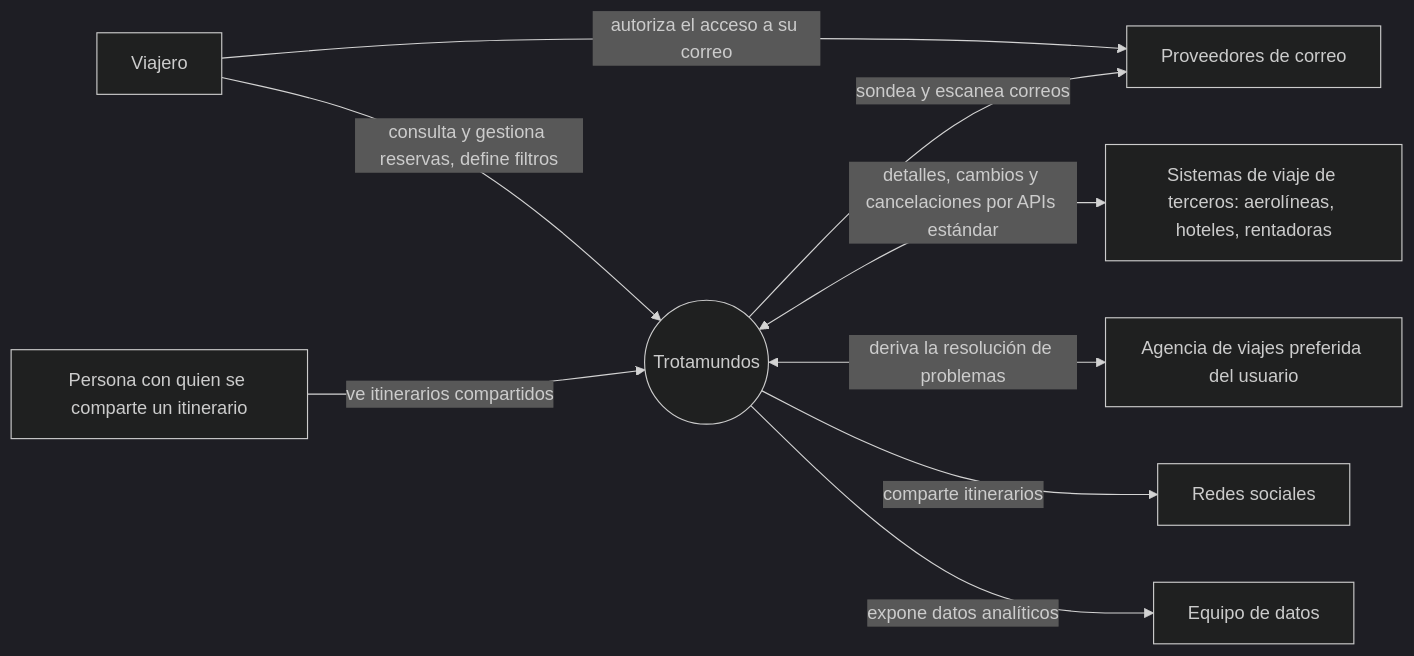
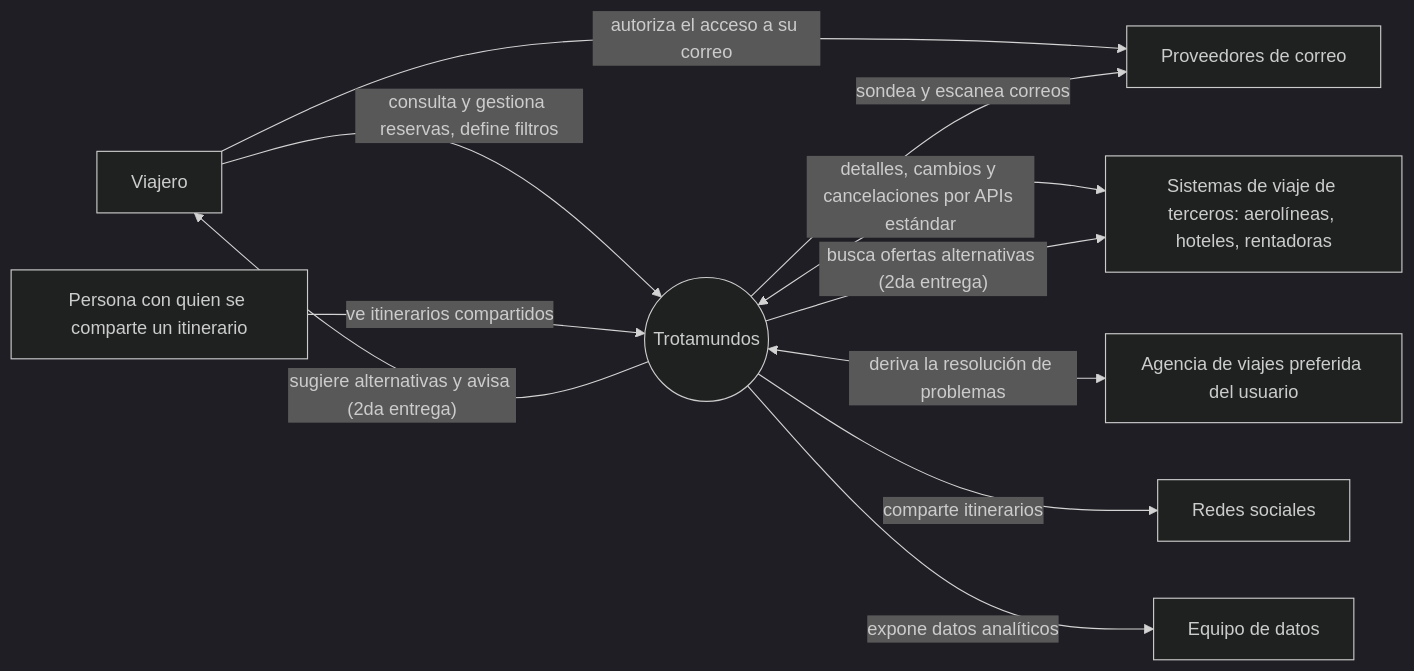
The diagram in trotamundos/docs/00-requirements/context-diagram.md (TadeoBrun1/TPE_software), drawn with Mermaid (dark theme) before and after one commit. The commit also changed other lines of this file and 43 other files, not shown here.

````diff
--- a/trotamundos/docs/00-requirements/context-diagram.md
+++ b/trotamundos/docs/00-requirements/context-diagram.md
@@ -8,20 +8,22 @@
 ```mermaid
 flowchart LR
     V["Viajero"]
     C["Persona con quien se comparte un itinerario"]
     T(("Trotamundos"))
     E["Proveedores de correo"]
     P["Sistemas de viaje de terceros: aerolíneas, hoteles, rentadoras"]
     A["Agencia de viajes preferida del usuario"]
     S["Redes sociales"]
     D["Equipo de datos"]
 
     V -->|"consulta y gestiona reservas, define filtros"| T
     C -->|"ve itinerarios compartidos"| T
     V -->|"autoriza el acceso a su correo"| E
     T -->|"sondea y escanea correos"| E
     T <-->|"detalles, cambios y cancelaciones por APIs estándar"| P
+    T -->|"busca ofertas alternativas (2da entrega)"| P
+    T -->|"sugiere alternativas y avisa (2da entrega)"| V
     T <-->|"deriva la resolución de problemas"| A
     T -->|"comparte itinerarios"| S
     T -->|"expone datos analíticos"| D
 ```
````
